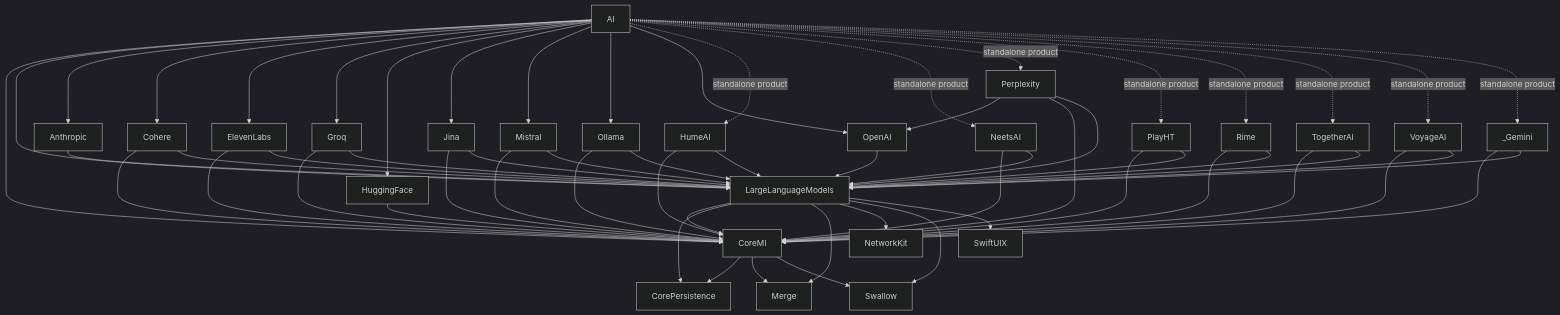
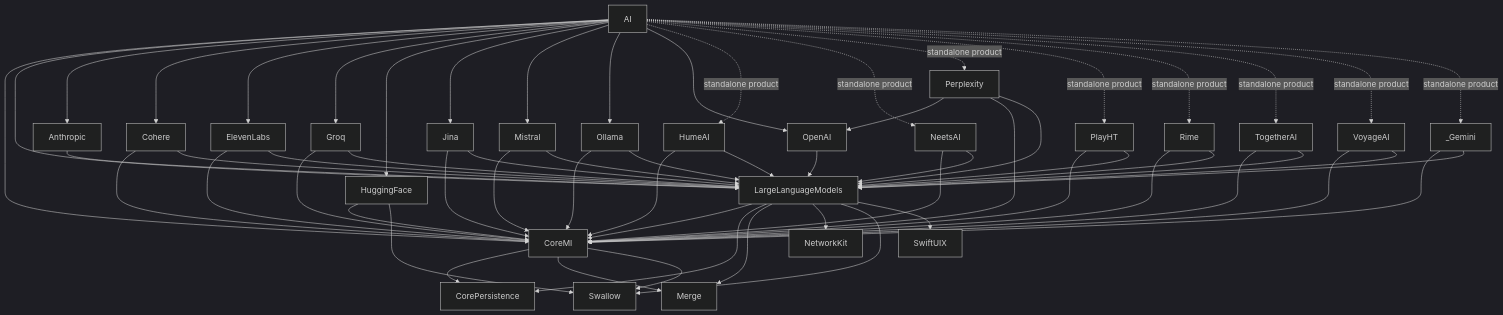
One commit to 5hy7xz92nd-oss/ai changed the diagram in docs/ARCHITECTURE.md. Above: the diagram before and after it, drawn with Mermaid (dark theme).

Commit message:
Add missing HuggingFace Swallow dependency edge

````diff
--- a/docs/ARCHITECTURE.md
+++ b/docs/ARCHITECTURE.md
@@ -20,69 +20,70 @@
 ```mermaid
 graph TD
     CoreMI --> CorePersistence
     CoreMI --> Merge
     CoreMI --> Swallow
 
     LargeLanguageModels --> CoreMI
     LargeLanguageModels --> CorePersistence
     LargeLanguageModels --> Merge
     LargeLanguageModels --> NetworkKit
     LargeLanguageModels --> Swallow
     LargeLanguageModels --> SwiftUIX
 
     Anthropic --> LargeLanguageModels
     OpenAI --> LargeLanguageModels
     HuggingFace --> CoreMI
+    HuggingFace --> Swallow
 
     Cohere --> CoreMI
     Cohere --> LargeLanguageModels
     ElevenLabs --> CoreMI
     ElevenLabs --> LargeLanguageModels
     Groq --> CoreMI
     Groq --> LargeLanguageModels
     HumeAI --> CoreMI
     HumeAI --> LargeLanguageModels
     Jina --> CoreMI
     Jina --> LargeLanguageModels
     Mistral --> CoreMI
     Mistral --> LargeLanguageModels
     NeetsAI --> CoreMI
     NeetsAI --> LargeLanguageModels
     Ollama --> CoreMI
     Ollama --> LargeLanguageModels
     PlayHT --> CoreMI
     PlayHT --> LargeLanguageModels
     Rime --> CoreMI
     Rime --> LargeLanguageModels
     TogetherAI --> CoreMI
     TogetherAI --> LargeLanguageModels
     VoyageAI --> CoreMI
     VoyageAI --> LargeLanguageModels
     _Gemini --> CoreMI
     _Gemini --> LargeLanguageModels
 
     Perplexity --> OpenAI
     Perplexity --> CoreMI
     Perplexity --> LargeLanguageModels
 
     AI --> CoreMI
     AI --> LargeLanguageModels
     AI --> Anthropic
     AI --> Cohere
     AI --> ElevenLabs
     AI --> Groq
     AI --> HuggingFace
     AI --> Jina
     AI --> Mistral
     AI --> Ollama
     AI --> OpenAI
 
     AI -. standalone product .-> HumeAI
     AI -. standalone product .-> NeetsAI
     AI -. standalone product .-> Perplexity
     AI -. standalone product .-> PlayHT
     AI -. standalone product .-> Rime
     AI -. standalone product .-> TogetherAI
     AI -. standalone product .-> VoyageAI
     AI -. standalone product .-> _Gemini
 ```
````
